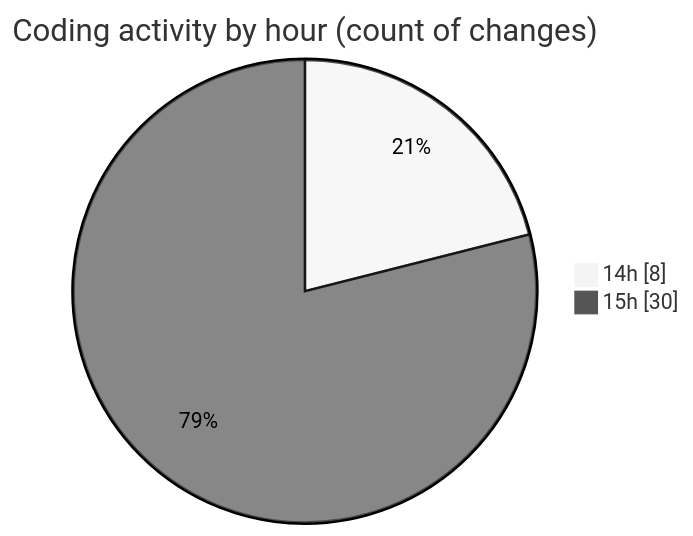
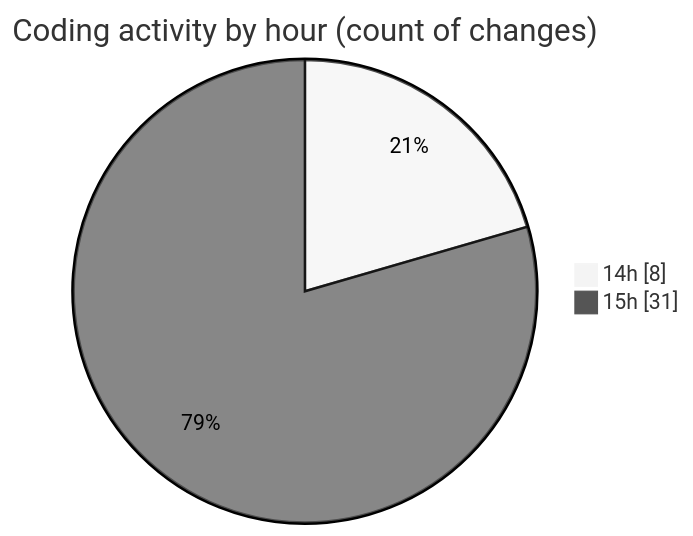
One commit to nxtqubesakshisongat/code-tracking changed the second of 2 diagrams in 2025-11-12/argos/README.md. Above: the diagram before and after it, drawn with Mermaid (neutral theme). The commit also changed other lines of this file and 1 other file, not shown here.

````diff
--- a/2025-11-12/argos/README.md
+++ b/2025-11-12/argos/README.md
@@ -37,6 +37,6 @@
 ```mermaid
 pie showData
 title Coding activity by hour (count of changes)
 "14h" : 8
-"15h" : 30
+"15h" : 31
 ```
````
